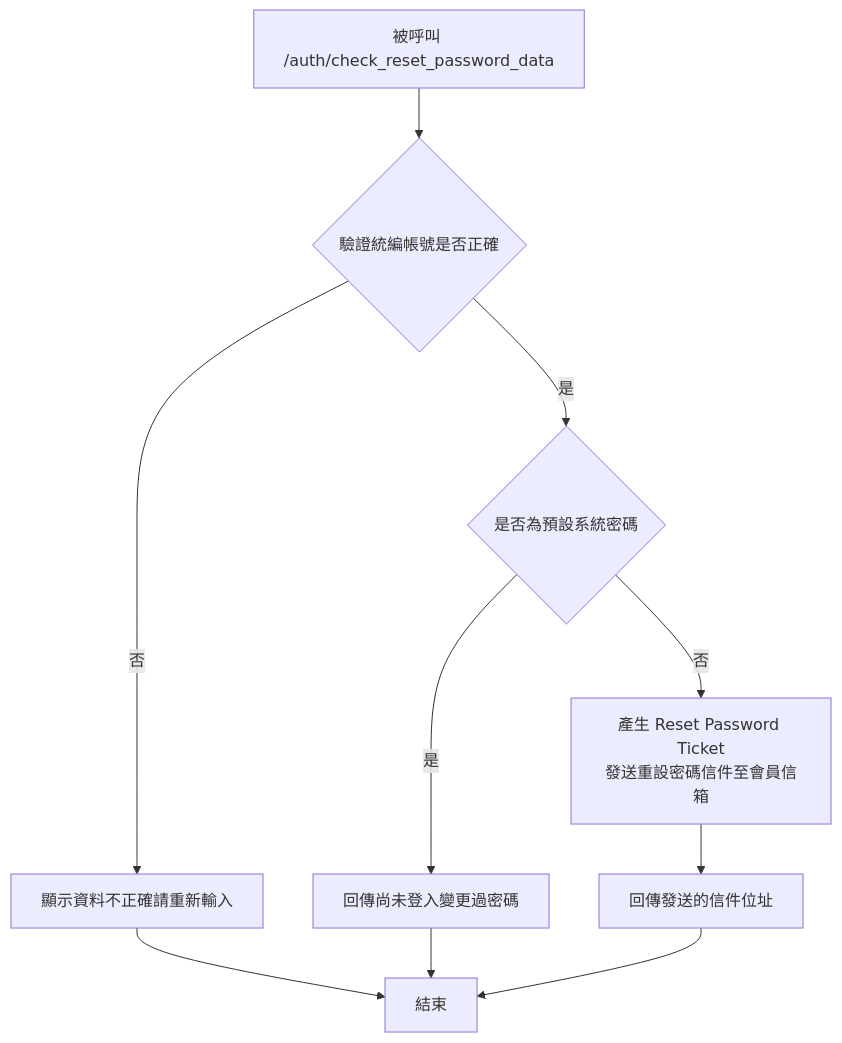
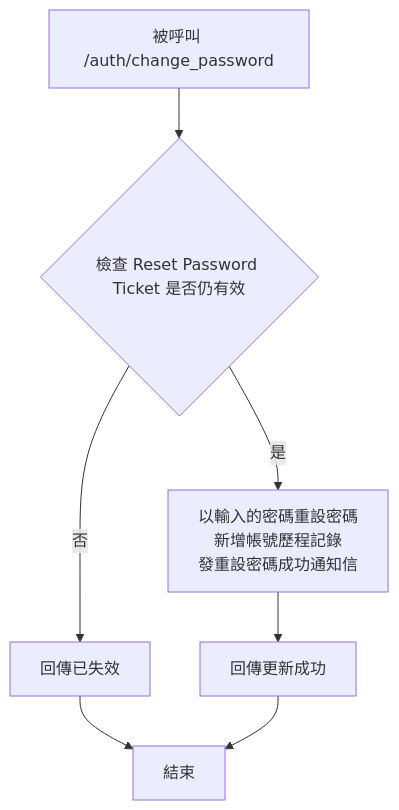
Before and after one commit to thunderstormwang/CodingNote: the fourth of 4 diagrams in System_Design/forget_password.md, drawn with Mermaid. The commit also changed other lines of this file and 1 other file, not shown here.

````diff
--- a/System_Design/forget_password.md
+++ b/System_Design/forget_password.md
@@ -68,9 +75,7 @@
 ```mermaid
 flowchart TD
-A[被呼叫 /auth/check_reset_password_data] --> B{驗證統編帳號是否正確}
-B --> |否| C[顯示資料不正確請重新輸入] --> K[結束]
-B --> |是| D{是否為預設系統密碼}
-D --> |是| E[回傳尚未登入變更過密碼] --> K
-D --> |否|F[產生 Reset Password Ticket<br/>發送重設密碼信件至會員信箱]
-F --> G[回傳發送的信件位址] --> K
+A[被呼叫 /auth/change_password] --> B{檢查 Reset Password Ticket 是否仍有效}
+B --> |否| C[回傳已失效] --> D[結束]
+B --> |是| E[以輸入的密碼重設密碼<br/>新增帳號歷程記錄<br/>發重設密碼成功通知信]
+E --> F[回傳更新成功] --> D
 ```
````
